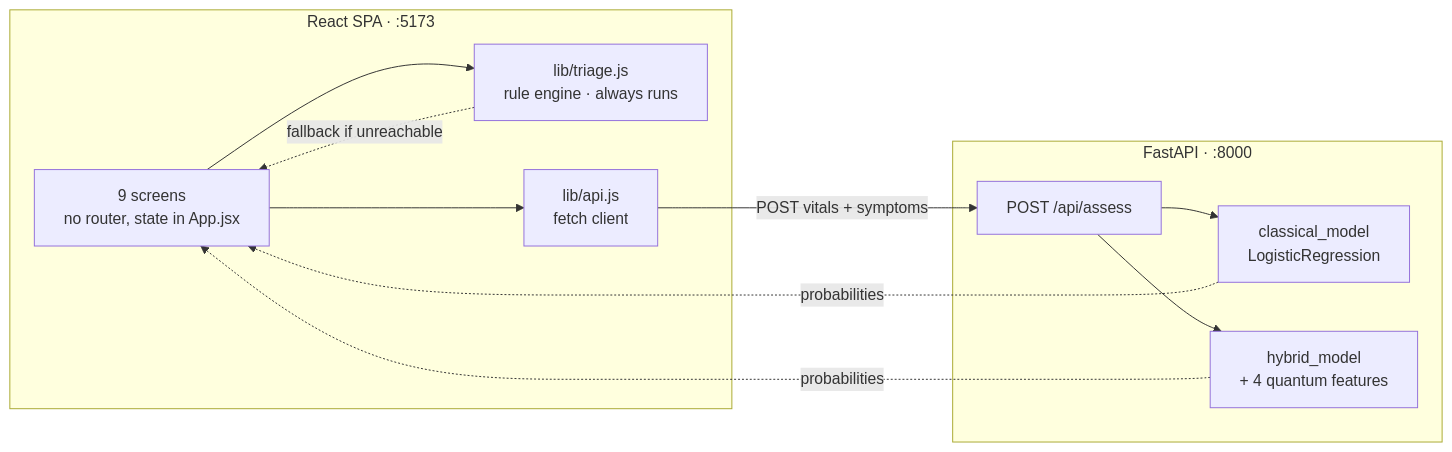
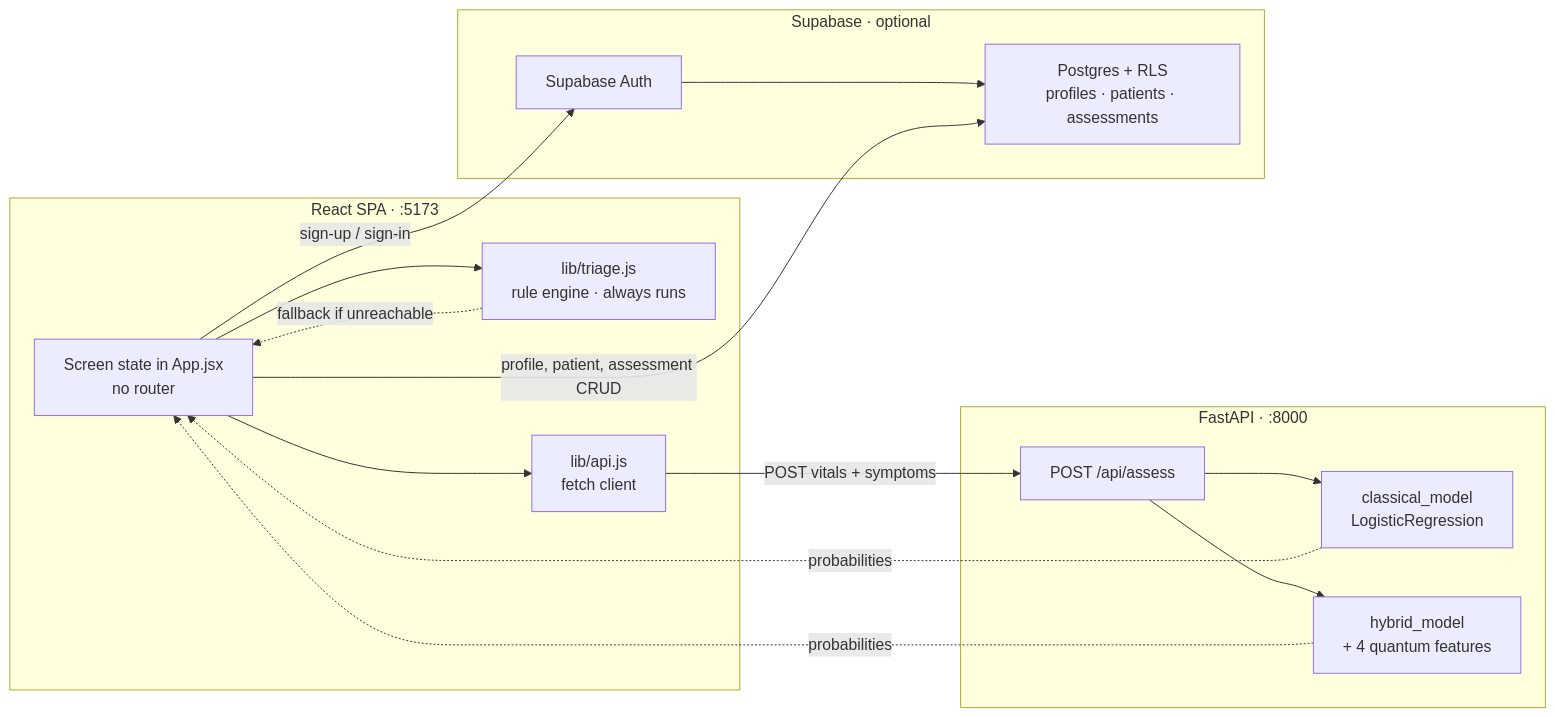
One commit to utkarshtiwarri/JEEVAN-NET changed the first of 2 diagrams in README.md. Above: the diagram before and after it, drawn with Mermaid. The commit also changed other lines of this file and 1 other file, not shown here.

Commit message:
Document Supabase setup and persistence

````diff
--- a/README.md
+++ b/README.md
@@ -129,23 +158,31 @@
 ```mermaid
 flowchart LR
     subgraph Browser["React SPA · :5173"]
-        UI[9 screens<br/>no router, state in App.jsx]
+        UI[Screen state in App.jsx<br/>no router]
         RULE[lib/triage.js<br/>rule engine · always runs]
         API[lib/api.js<br/>fetch client]
     end
 
     subgraph Server["FastAPI · :8000"]
         EP["POST /api/assess"]
         CL[classical_model<br/>LogisticRegression]
         HY[hybrid_model<br/>+ 4 quantum features]
     end
 
+    subgraph Database["Supabase · optional"]
+        AUTH[Supabase Auth]
+        DB["Postgres + RLS<br/>profiles · patients · assessments"]
+        AUTH --> DB
+    end
+
     UI --> RULE
     UI --> API
+    UI -->|"sign-up / sign-in"| AUTH
+    UI -->|"profile, patient, assessment CRUD"| DB
     API -->|"POST vitals + symptoms"| EP
     EP --> CL
     EP --> HY
     RULE -.->|"fallback if unreachable"| UI
     CL -.->|"probabilities"| UI
     HY -.->|"probabilities"| UI
 ```
````
